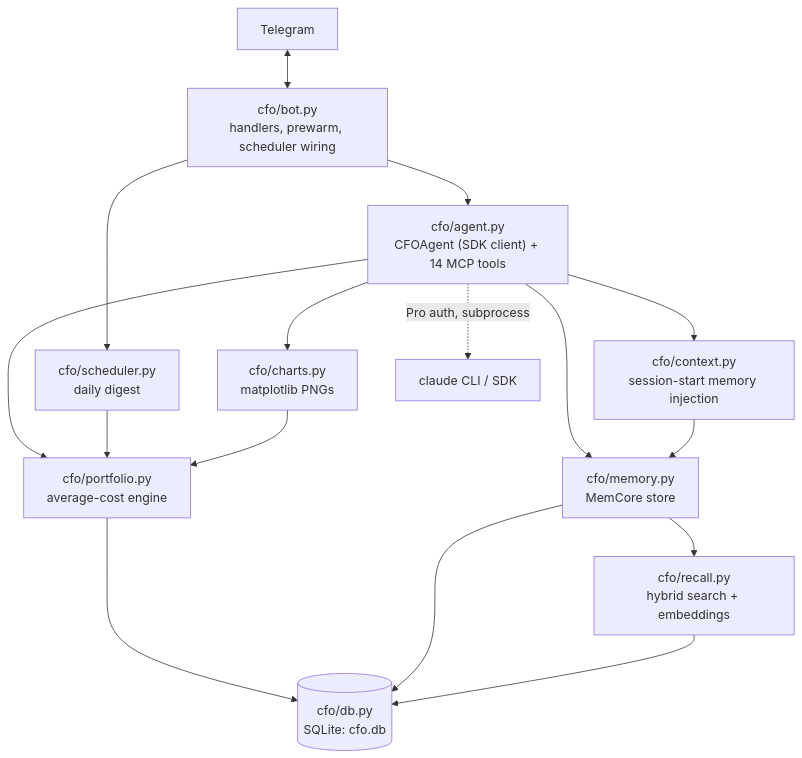
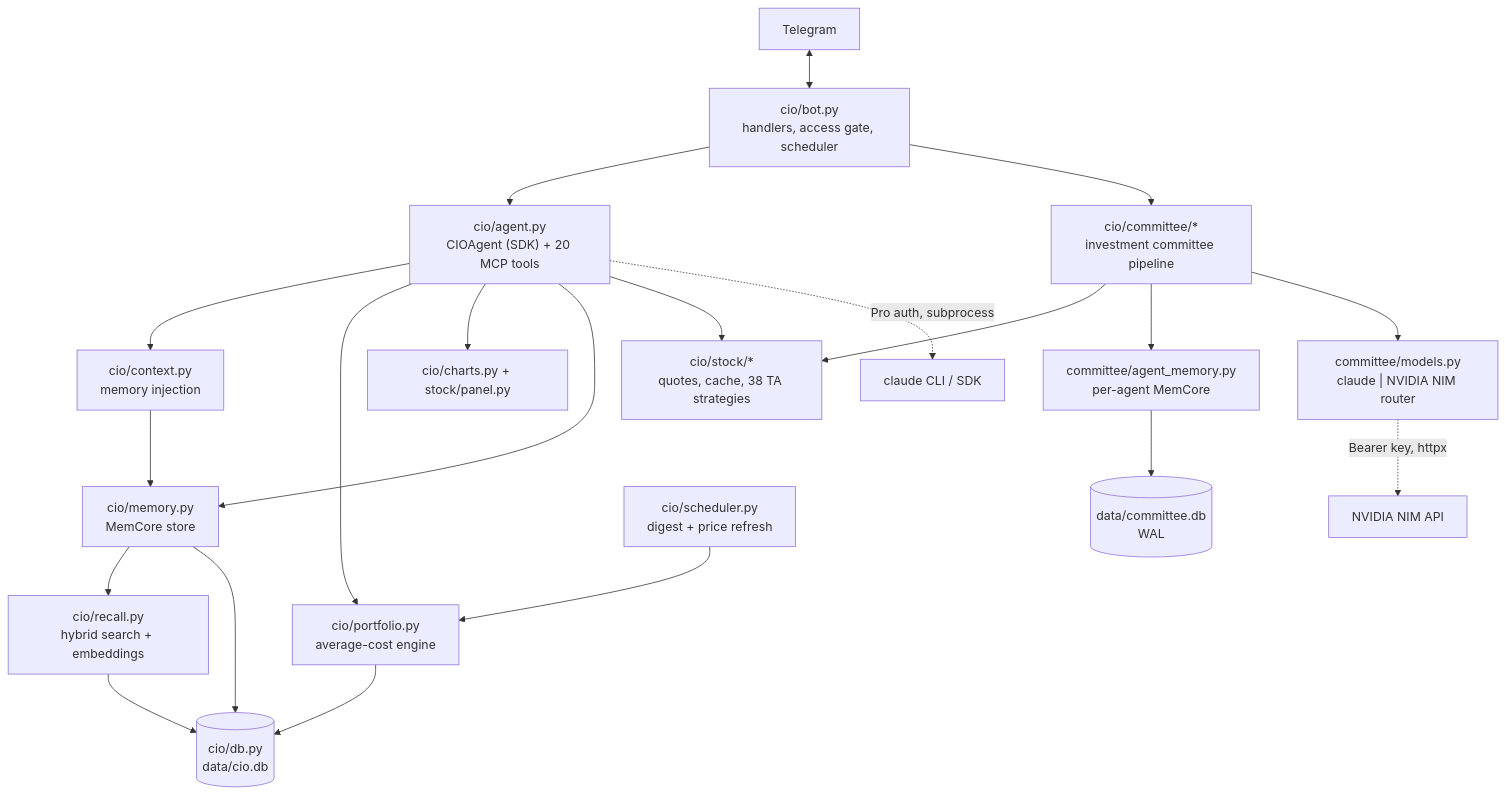
Before and after one commit to cloudaipro/CIOAgent: the first of 5 diagrams in docs/TECHNICAL_REPORT.md, drawn with Mermaid. The commit also changed other lines of this file, not shown here.

````diff
--- a/docs/TECHNICAL_REPORT.md
+++ b/docs/TECHNICAL_REPORT.md
@@ -20,18 +32,23 @@
 ```mermaid
 flowchart TD
-    TG["Telegram"] <--> BOT["cfo/bot.py<br/>handlers, prewarm, scheduler wiring"]
-    BOT --> AGENT["cfo/agent.py<br/>CFOAgent (SDK client) + 14 MCP tools"]
-    AGENT --> CTX["cfo/context.py<br/>session-start memory injection"]
-    AGENT --> PORT["cfo/portfolio.py<br/>average-cost engine"]
-    AGENT --> CHARTS["cfo/charts.py<br/>matplotlib PNGs"]
-    AGENT --> MEM["cfo/memory.py<br/>MemCore store"]
-    MEM --> RECALL["cfo/recall.py<br/>hybrid search + embeddings"]
+    TG["Telegram"] <--> BOT["cio/bot.py<br/>handlers, access gate, scheduler"]
+    BOT --> AGENT["cio/agent.py<br/>CIOAgent (SDK) + 20 MCP tools"]
+    BOT --> COMM["cio/committee/*<br/>investment committee pipeline"]
+    AGENT --> CTX["cio/context.py<br/>memory injection"]
+    AGENT --> PORT["cio/portfolio.py<br/>average-cost engine"]
+    AGENT --> CHARTS["cio/charts.py + stock/panel.py"]
+    AGENT --> MEM["cio/memory.py<br/>MemCore store"]
+    AGENT --> STK["cio/stock/*<br/>quotes, cache, 38 TA strategies"]
+    MEM --> RECALL["cio/recall.py<br/>hybrid search + embeddings"]
     CTX --> MEM
-    SCHED["cfo/scheduler.py<br/>daily digest"] --> PORT
-    BOT --> SCHED
-    PORT --> DB[("cfo/db.py<br/>SQLite: cfo.db")]
+    COMM --> STK
+    COMM --> AMEM["committee/agent_memory.py<br/>per-agent MemCore"]
+    COMM --> MODELS["committee/models.py<br/>claude | NVIDIA NIM router"]
+    AMEM --> CDB[("data/committee.db<br/>WAL")]
+    PORT --> DB[("cio/db.py<br/>data/cio.db")]
     MEM --> DB
     RECALL --> DB
-    CHARTS --> PORT
+    SCHED["cio/scheduler.py<br/>digest + price refresh"] --> PORT
     AGENT -. "Pro auth, subprocess" .-> CLAUDE["claude CLI / SDK"]
+    MODELS -. "Bearer key, httpx" .-> NIM["NVIDIA NIM API"]
 ```
````
